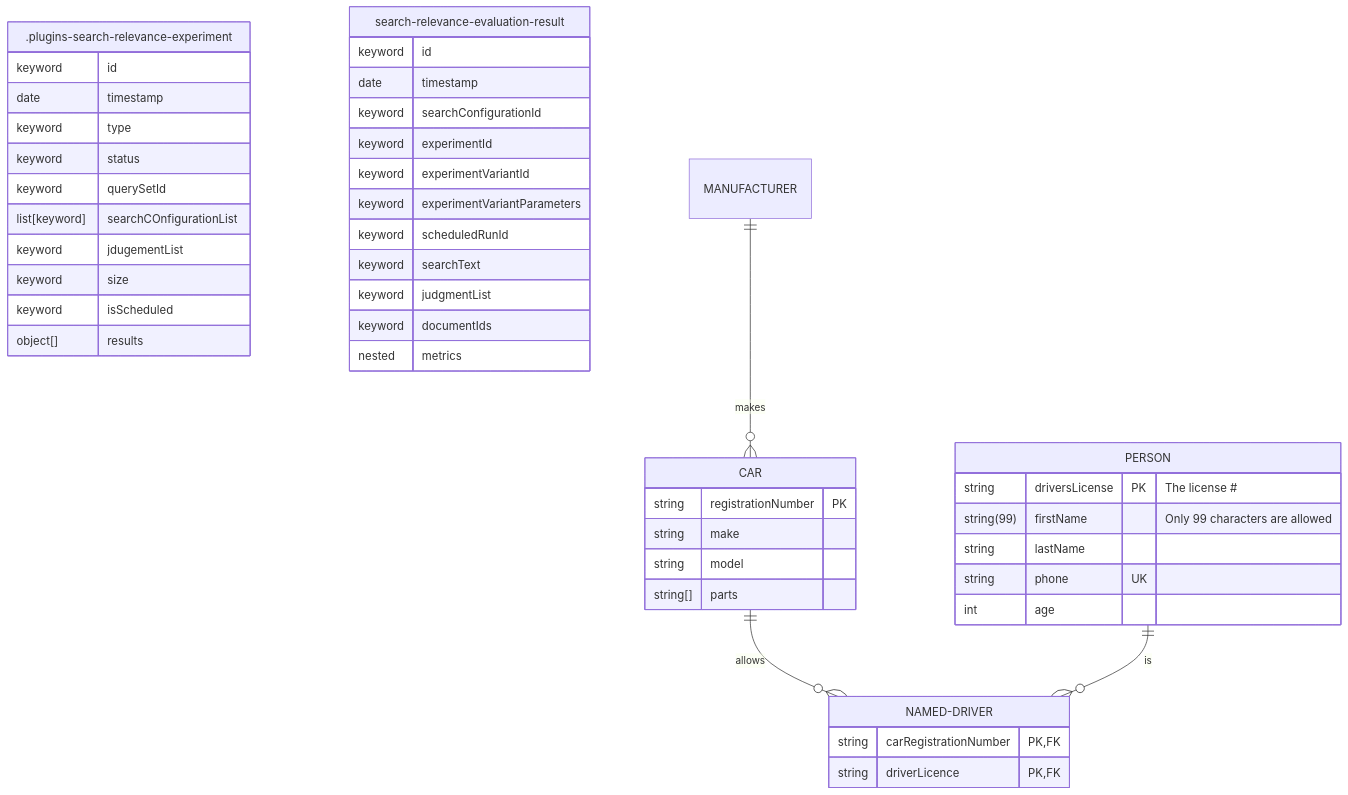
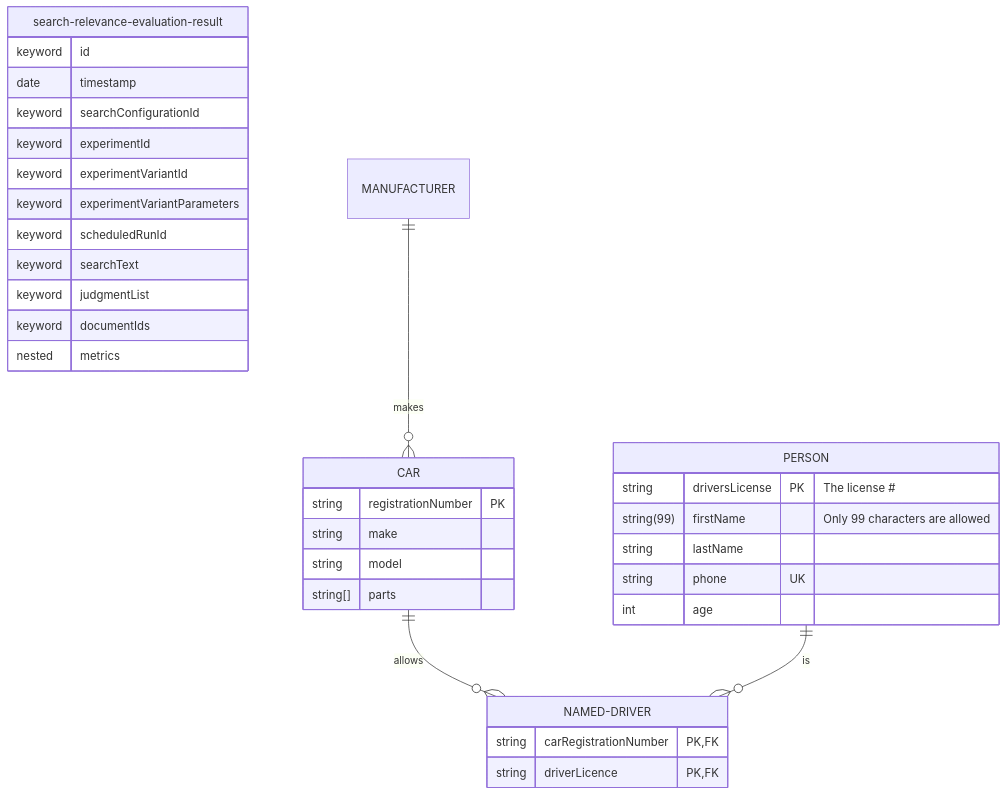
One commit to opensearch-project/search-relevance changed the first of 4 diagrams in DEVELOPER_GUIDE.md. Above: the diagram before and after it, drawn with Mermaid.

Commit message:
document first two indices

````diff
--- a/DEVELOPER_GUIDE.md
+++ b/DEVELOPER_GUIDE.md
@@ -314,50 +314,39 @@
 ```mermaid
 erDiagram
-    .plugins-search-relevance-experiment {
-        keyword id
-        date timestamp
-        keyword type
-        keyword status
-        keyword querySetId
-        list[keyword] searchCOnfigurationList
-        keyword jdugementList
-        keyword size
-        keyword isScheduled
-        object[] results
-    }
+
     search-relevance-evaluation-result {
         keyword id
         date timestamp
         keyword searchConfigurationId
         keyword experimentId
         keyword experimentVariantId
         keyword experimentVariantParameters
         keyword scheduledRunId
         keyword searchText
         keyword judgmentList
         keyword documentIds
         nested metrics        
     }
     
     
     CAR ||--o{ NAMED-DRIVER : allows
     CAR {
         string registrationNumber PK
         string make
         string model
         string[] parts
     }
     PERSON ||--o{ NAMED-DRIVER : is
     PERSON {
         string driversLicense PK "The license #"
         string(99) firstName "Only 99 characters are allowed"
         string lastName
         string phone UK
         int age
     }
     NAMED-DRIVER {
         string carRegistrationNumber PK, FK
         string driverLicence PK, FK
     }
     MANUFACTURER only one to zero or more CAR : makes
 ```
````
